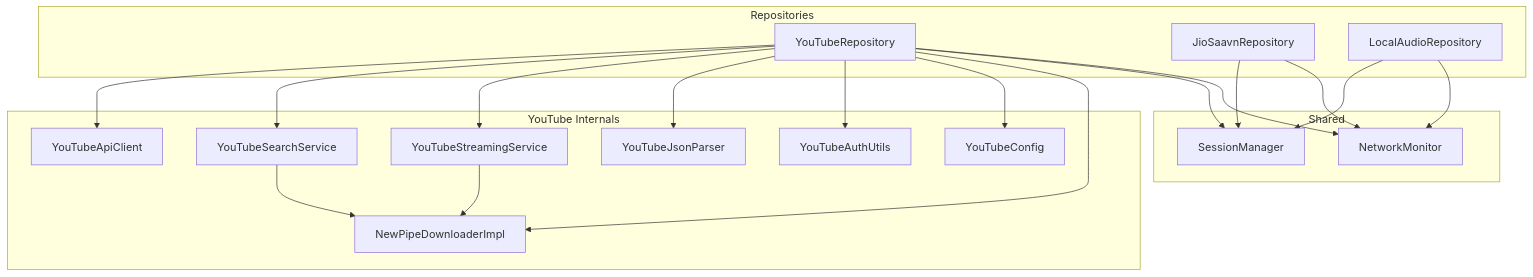
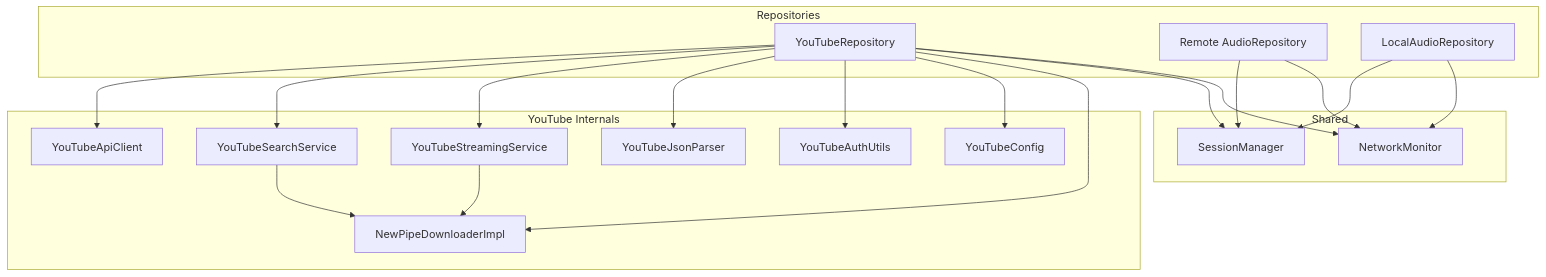
Before and after one commit to suvojeet-sengupta/SuvMusic: the first of 7 diagrams in docs/Multi-Source Streaming/Multi-Source Streaming.md, drawn with Mermaid. The commit also changed other lines of this file and 32 other files, not shown here.

````diff
--- a/docs/Multi-Source Streaming/Multi-Source Streaming.md
+++ b/docs/Multi-Source Streaming/Multi-Source Streaming.md
@@ -40,36 +40,36 @@
 ```mermaid
 graph TB
 subgraph "Repositories"
 YTRepo["YouTubeRepository"]
-JSRepo["JioSaavnRepository"]
+JSRepo["Remote AudioRepository"]
 LARepo["LocalAudioRepository"]
 end
 subgraph "YouTube Internals"
 YTClient["YouTubeApiClient"]
 YTSearch["YouTubeSearchService"]
 YTStream["YouTubeStreamingService"]
 YTJSON["YouTubeJsonParser"]
 YTAuth["YouTubeAuthUtils"]
 YTConf["YouTubeConfig"]
 NPImpl["NewPipeDownloaderImpl"]
 end
 subgraph "Shared"
 Session["SessionManager"]
 NetMon["NetworkMonitor"]
 end
 YTRepo --> YTClient
 YTRepo --> YTSearch
 YTRepo --> YTStream
 YTRepo --> YTJSON
 YTRepo --> YTAuth
 YTRepo --> YTConf
 YTRepo --> NPImpl
 YTRepo --> Session
 YTRepo --> NetMon
 JSRepo --> Session
 JSRepo --> NetMon
 LARepo --> Session
 LARepo --> NetMon
 YTSearch --> NPImpl
 YTStream --> NPImpl
 ```
````
